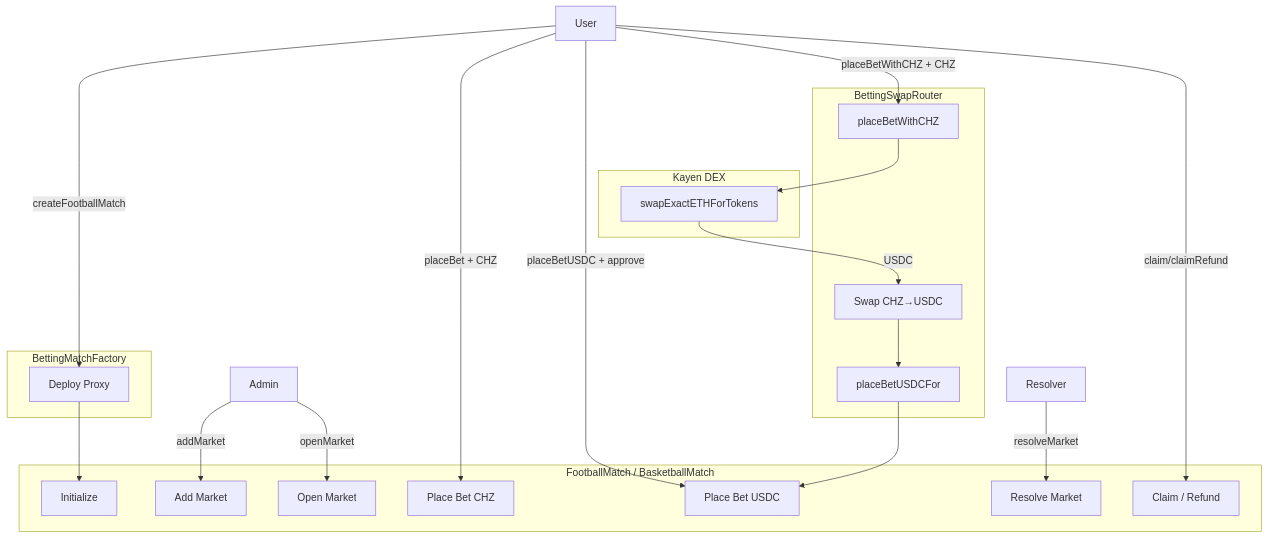
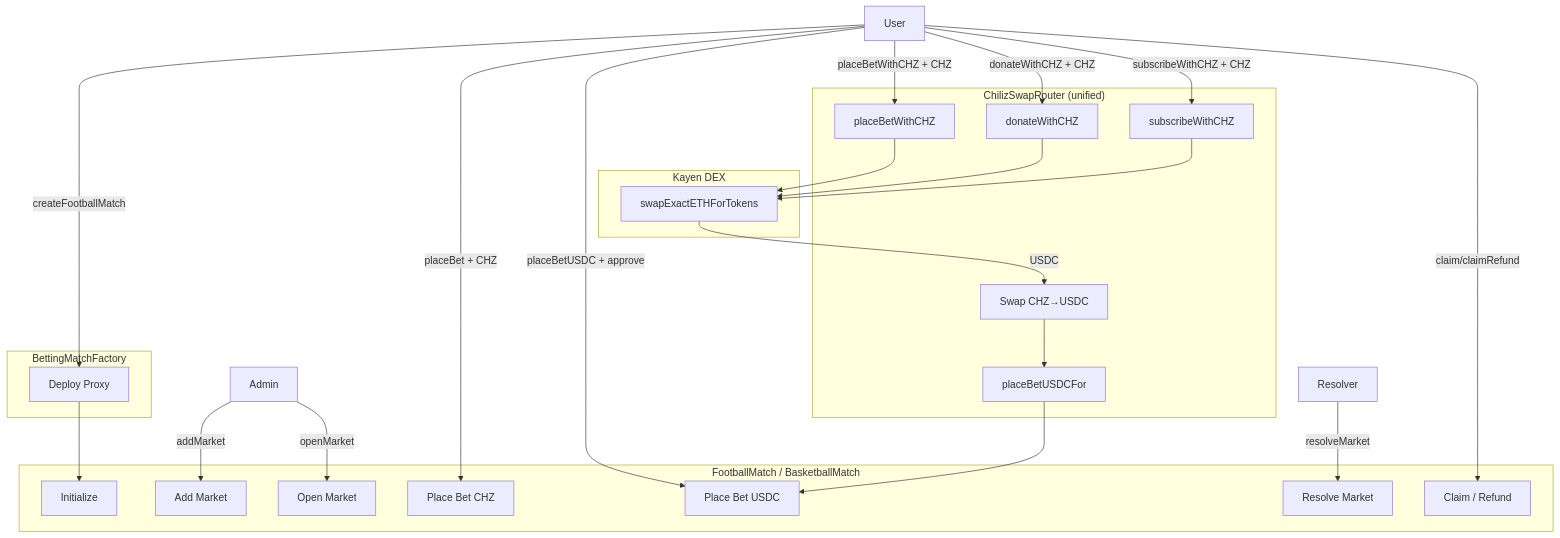
One commit to ChilizTV/smart-contracts changed the first of 3 diagrams in chiliz-tv/AUDIT_REPORT.md. Above: the diagram before and after it, drawn with Mermaid. The commit also changed other lines of this file and 13 other files, not shown here.

Commit message:
🎨 Adding unified swap for smart-contracts

````diff
--- a/chiliz-tv/AUDIT_REPORT.md
+++ b/chiliz-tv/AUDIT_REPORT.md
@@ -124,42 +123,48 @@
 ```mermaid
 flowchart TB
     subgraph Factory["BettingMatchFactory"]
         F1[Deploy Proxy]
     end
     
     subgraph Match["FootballMatch / BasketballMatch"]
         M1[Initialize]
         M2[Add Market]
         M3[Open Market]
         M4[Place Bet CHZ]
         M5[Place Bet USDC]
         M6[Resolve Market]
         M7[Claim / Refund]
     end
     
-    subgraph SwapRouter["BettingSwapRouter"]
+    subgraph SwapRouter["ChilizSwapRouter (unified)"]
         S1[placeBetWithCHZ]
         S2[Swap CHZ→USDC]
         S3[placeBetUSDCFor]
+        S4[donateWithCHZ]
+        S5[subscribeWithCHZ]
     end
     
     subgraph Kayen["Kayen DEX"]
         K1[swapExactETHForTokens]
     end
     
     User -->|createFootballMatch| F1
     F1 --> M1
     Admin -->|addMarket| M2
     Admin -->|openMarket| M3
     
     User -->|placeBet + CHZ| M4
     User -->|placeBetUSDC + approve| M5
     User -->|placeBetWithCHZ + CHZ| S1
+    User -->|donateWithCHZ + CHZ| S4
+    User -->|subscribeWithCHZ + CHZ| S5
     S1 --> K1
+    S4 --> K1
+    S5 --> K1
     K1 -->|USDC| S2
     S2 --> S3
     S3 --> M5
     
     Resolver -->|resolveMarket| M6
     User -->|claim/claimRefund| M7
 ```
````
